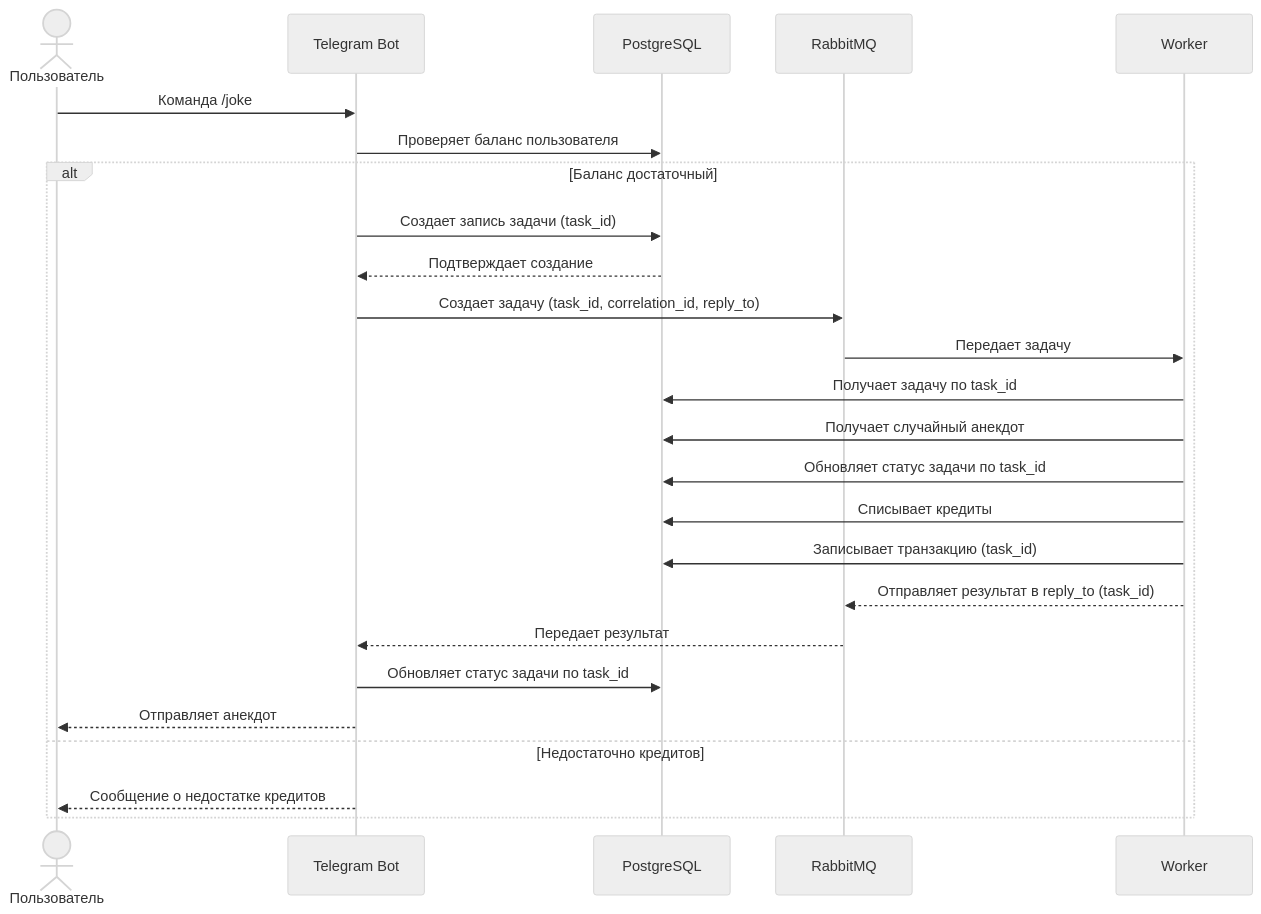
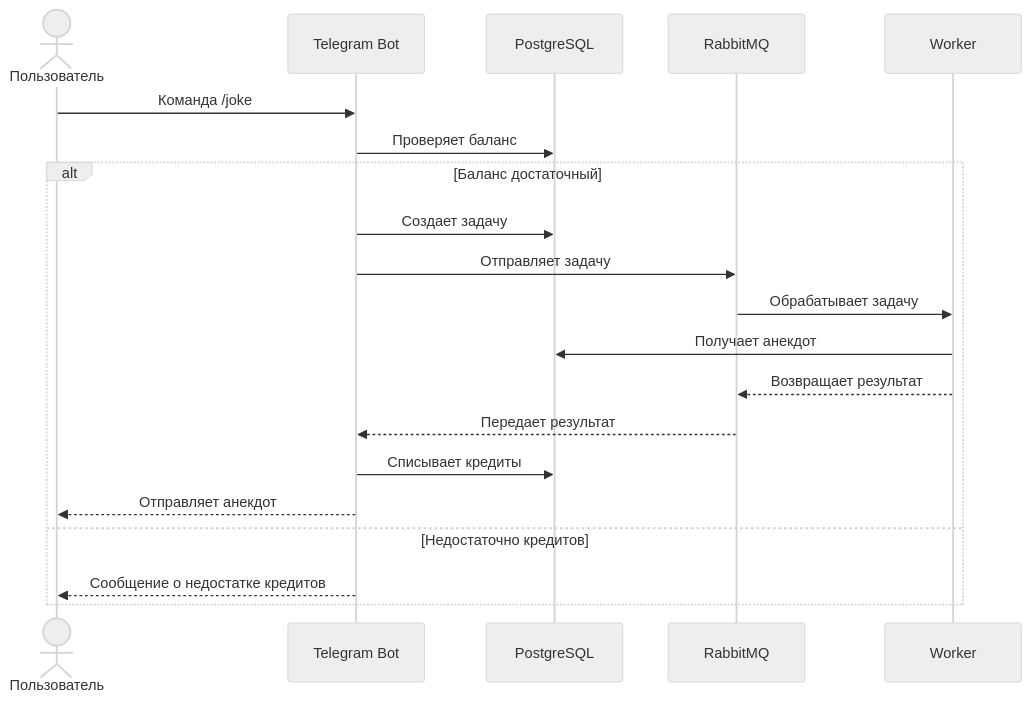
The third of 6 diagrams in DETAILS.md (naumtsevalex/python_ml_billing_service), drawn with Mermaid (neutral theme) before and after one commit. The commit also changed other lines of this file, not shown here.

````diff
--- a/DETAILS.md
+++ b/DETAILS.md
@@ -275,28 +265,23 @@
 ```mermaid
 sequenceDiagram
     actor User as Пользователь
     participant Bot as Telegram Bot
     participant DB as PostgreSQL
     participant RabbitMQ as RabbitMQ
     participant Worker as Worker
 
     User->>Bot: Команда /joke
-    Bot->>DB: Проверяет баланс пользователя
+    Bot->>DB: Проверяет баланс
     alt Баланс достаточный
-        Bot->>DB: Создает запись задачи (task_id)
-        DB-->>Bot: Подтверждает создание
-        Bot->>RabbitMQ: Создает задачу (task_id, correlation_id, reply_to)
-        RabbitMQ->>Worker: Передает задачу
-        Worker->>DB: Получает задачу по task_id
-        Worker->>DB: Получает случайный анекдот
-        Worker->>DB: Обновляет статус задачи по task_id
-        Worker->>DB: Списывает кредиты
-        Worker->>DB: Записывает транзакцию (task_id)
-        Worker-->>RabbitMQ: Отправляет результат в reply_to (task_id)
+        Bot->>DB: Создает задачу
+        Bot->>RabbitMQ: Отправляет задачу
+        RabbitMQ->>Worker: Обрабатывает задачу
+        Worker->>DB: Получает анекдот
+        Worker-->>RabbitMQ: Возвращает результат
         RabbitMQ-->>Bot: Передает результат
-        Bot->>DB: Обновляет статус задачи по task_id
+        Bot->>DB: Списывает кредиты
         Bot-->>User: Отправляет анекдот
     else Недостаточно кредитов
         Bot-->>User: Сообщение о недостатке кредитов
     end
 ```
````
